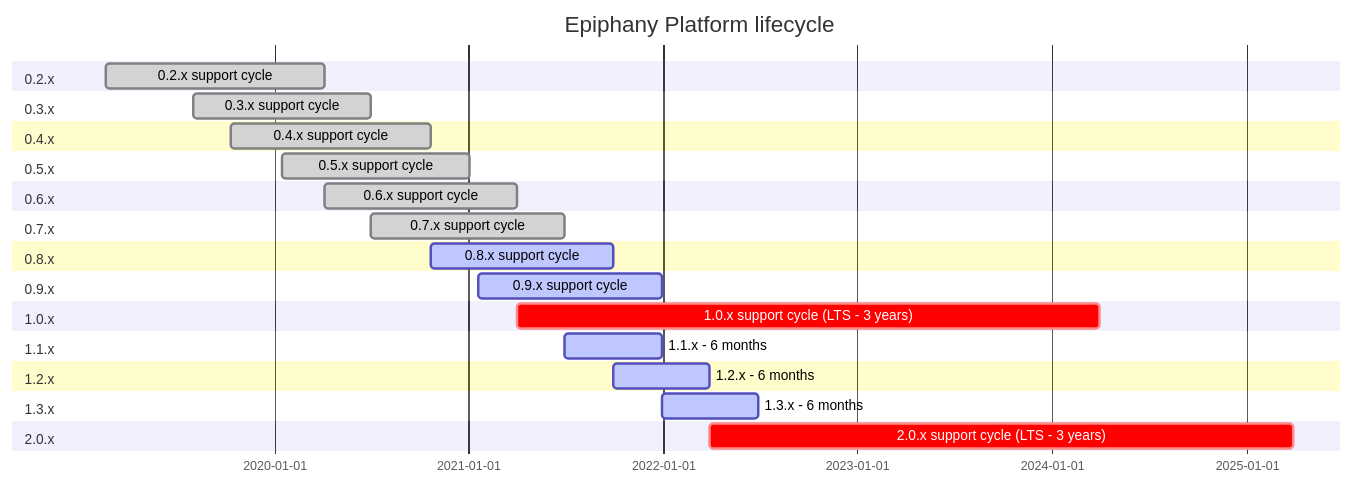
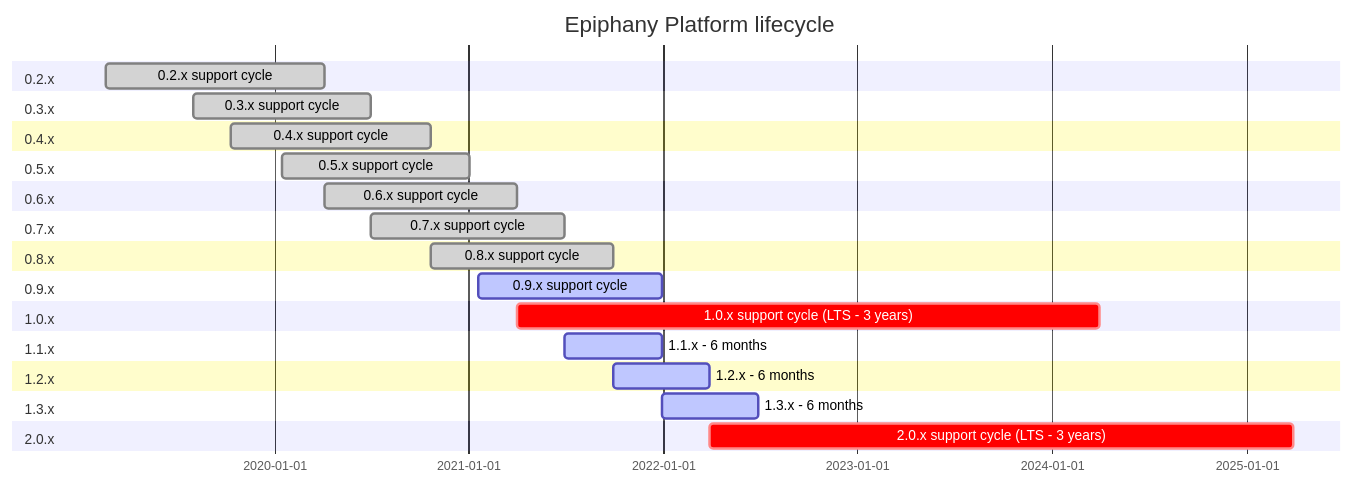
One commit to hitachienergy/epiphany changed the diagram in docs/home/LIFECYCLE_GANTT.md. Above: the diagram before and after it, drawn with Mermaid. The commit also changed 2 other files, not shown here.

Commit message:
Lifecycle update

````diff
--- a/docs/home/LIFECYCLE_GANTT.md
+++ b/docs/home/LIFECYCLE_GANTT.md
@@ -3,31 +3,31 @@
 ```mermaid
 gantt
 title Epiphany Platform lifecycle
 dateFormat  YYYY-MM-DD
 section 0.2.x
 0.2.x support cycle     :done, 2019-02-19, 2020-04-06
 section 0.3.x
 0.3.x support cycle     :done, 2019-08-02, 2020-07-01
 section 0.4.x
 0.4.x support cycle     :done, 2019-10-11, 2020-10-22
 section 0.5.x
 0.5.x support cycle     :done, 2020-01-17, 2021-01-02
 section 0.6.x
 0.6.x support cycle     :done, 2020-04-06, 2021-04-01
 section 0.7.x
 0.7.x support cycle     :done, 2020-07-01, 2021-06-30
 section 0.8.x
-0.8.x support cycle     :active, 2020-10-22, 2021-09-30
+0.8.x support cycle     :done, 2020-10-22, 2021-09-30
 section 0.9.x
 0.9.x support cycle      :active, 2021-01-19, 2021-12-30
 section 1.0.x
 1.0.x support cycle (LTS - 3 years)    :crit, 2021-04-01, 2024-04-01
 section 1.1.x
 1.1.x - 6 months     :active, 2021-06-30, 2021-12-30
 section 1.2.x
 1.2.x - 6 months     :active, 2021-09-30, 2022-03-30
 section 1.3.x
 1.3.x - 6 months     :active, 2021-12-30, 2022-06-30
 section 2.0.x
 2.0.x support cycle (LTS - 3 years)     :crit, 2022-03-30, 2025-03-30
 ```
````
